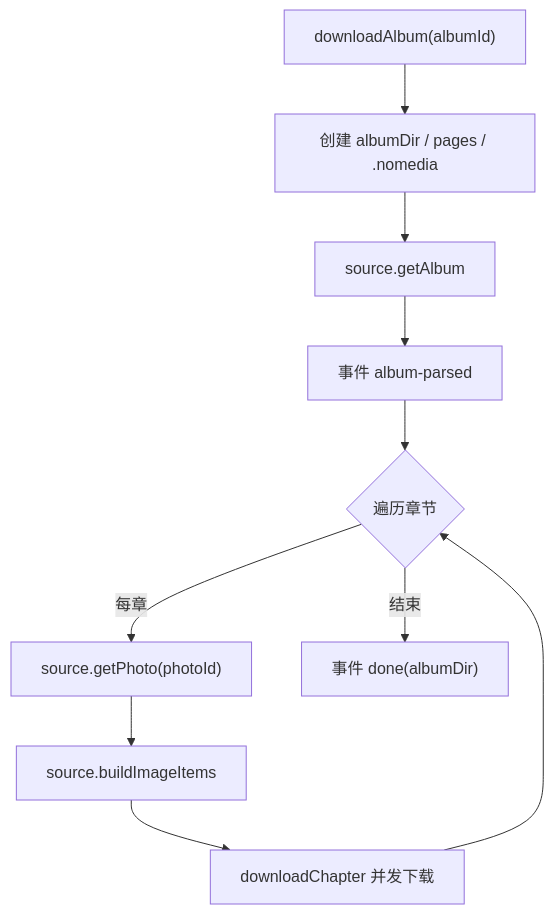
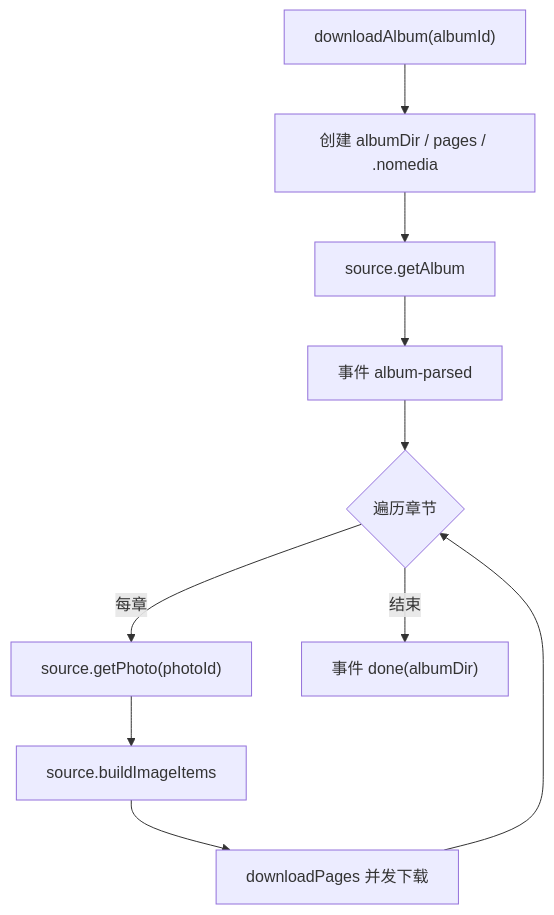
One commit to aDarkMaker/JMFM changed the first of 2 diagrams in docs/architecture/download.md. Above: the diagram before and after it, drawn with Mermaid. The commit also changed other lines of this file and 9 other files, not shown here.

Commit message:
docs: sync architecture, setup, and changelog for repair and updates

````diff
--- a/docs/architecture/download.md
+++ b/docs/architecture/download.md
@@ -9,12 +9,12 @@
 ```mermaid
 flowchart TD
     start["downloadAlbum(albumId)"] --> mk["创建 albumDir / pages / .nomedia"]
     mk --> album["source.getAlbum"]
     album --> ev1["事件 album-parsed"]
     ev1 --> loop{"遍历章节"}
     loop -->|每章| ph["source.getPhoto(photoId)"]
     ph --> items["source.buildImageItems"]
-    items --> chap["downloadChapter 并发下载"]
+    items --> chap["downloadPages 并发下载"]
     chap --> loop
     loop -->|结束| done["事件 done(albumDir)"]
 ```
````
